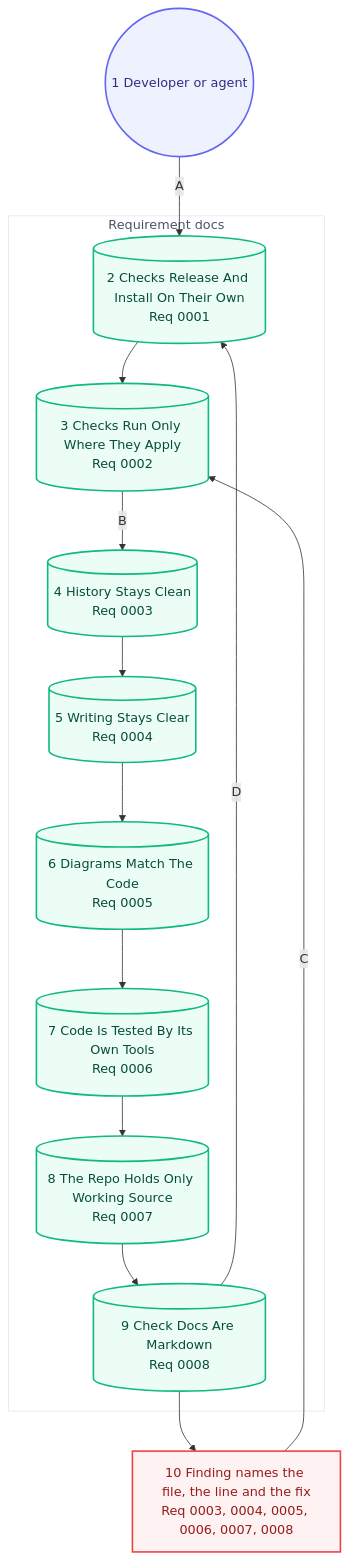
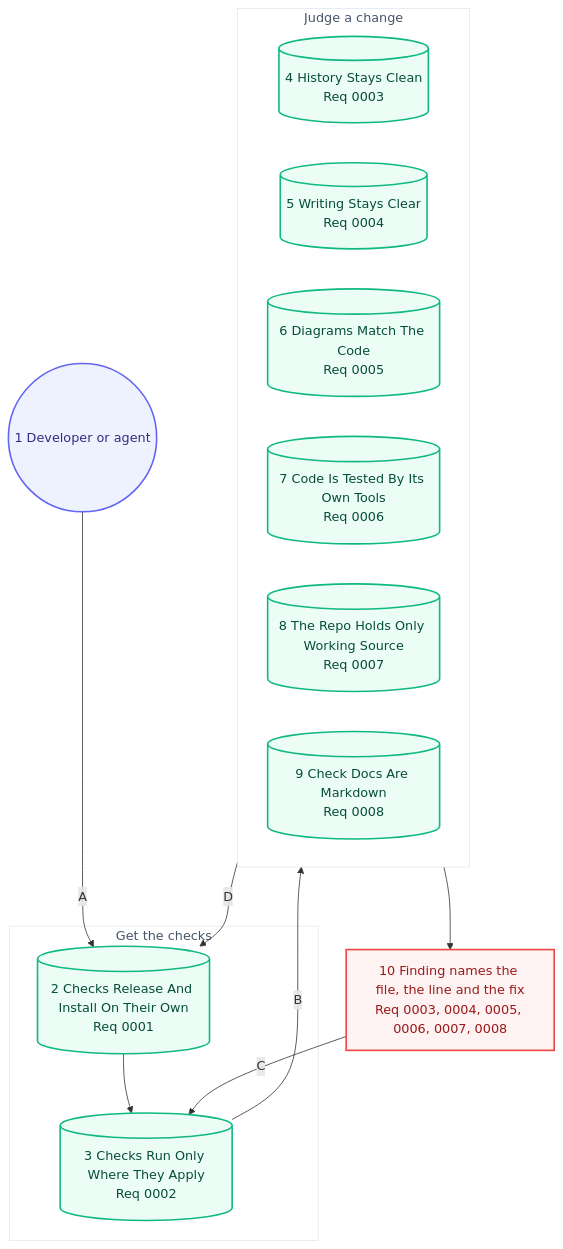
The second of 2 diagrams in docs/architecture/05-user-journey.md (may-journal/fitness-checks), drawn with Mermaid before and after one commit. The commit also changed other lines of this file and 5 other files, not shown here.

Commit message:
fix(architecture-journey): let each marker list its docs so phases and edges stay hand-written

````diff
--- a/docs/architecture/05-user-journey.md
+++ b/docs/architecture/05-user-journey.md
@@ -38,39 +38,40 @@
 ```mermaid
 flowchart TB
     dev((1 Developer or agent)):::persona
 
-    red[10 Finding names the file, the line and the fix<br/>Req 0003, 0004, 0005, 0006, 0007, 0008]:::blocked
-
-    subgraph docs["Requirement docs"]
-        %% journey-nodes:start
+    subgraph get["Get the checks"]
+        %% journey-nodes:start 0001 0002
         req0001[(2 Checks Release And Install On Their Own<br/>Req 0001)]:::system
         req0002[(3 Checks Run Only Where They Apply<br/>Req 0002)]:::system
+        %% journey-nodes:end
+    end
+
+    subgraph judge["Judge a change"]
+        %% journey-nodes:start 0003 0004 0005 0006 0007 0008
         req0003[(4 History Stays Clean<br/>Req 0003)]:::system
         req0004[(5 Writing Stays Clear<br/>Req 0004)]:::system
         req0005[(6 Diagrams Match The Code<br/>Req 0005)]:::system
         req0006[(7 Code Is Tested By Its Own Tools<br/>Req 0006)]:::system
         req0007[(8 The Repo Holds Only Working Source<br/>Req 0007)]:::system
         req0008[(9 Check Docs Are Markdown<br/>Req 0008)]:::system
         %% journey-nodes:end
     end
 
+    red[10 Finding names the file, the line and the fix<br/>Req 0003, 0004, 0005, 0006, 0007, 0008]:::blocked
+
     dev -->|A| req0001
     req0001 --> req0002
-    req0002 -->|B| req0003
-    req0003 --> req0004
-    req0004 --> req0005
-    req0005 --> req0006
-    req0006 --> req0007
-    req0007 --> req0008
-    req0008 --> red
+    req0002 -->|B| judge
+    judge --> red
     red -->|C| req0002
-    req0008 -->|D| req0001
+    judge -->|D| req0001
 
     classDef persona fill:#eef2ff,stroke:#6366f1,color:#312e81,stroke-width:2px
     classDef screen fill:#f8fafc,stroke:#64748b,color:#1e293b,stroke-width:2px
     classDef action fill:#fff7ed,stroke:#f97316,color:#9a3412,stroke-width:2px
     classDef system fill:#ecfdf5,stroke:#10b981,color:#064e3b,stroke-width:2px
     classDef blocked fill:#fef2f2,stroke:#ef4444,color:#991b1b,stroke-width:2px
 
-    style docs fill:#ffffff,stroke:#e2e8f0,color:#475569,stroke-width:1px
+    style get fill:#ffffff,stroke:#e2e8f0,color:#475569,stroke-width:1px
+    style judge fill:#ffffff,stroke:#e2e8f0,color:#475569,stroke-width:1px
 ```
````
